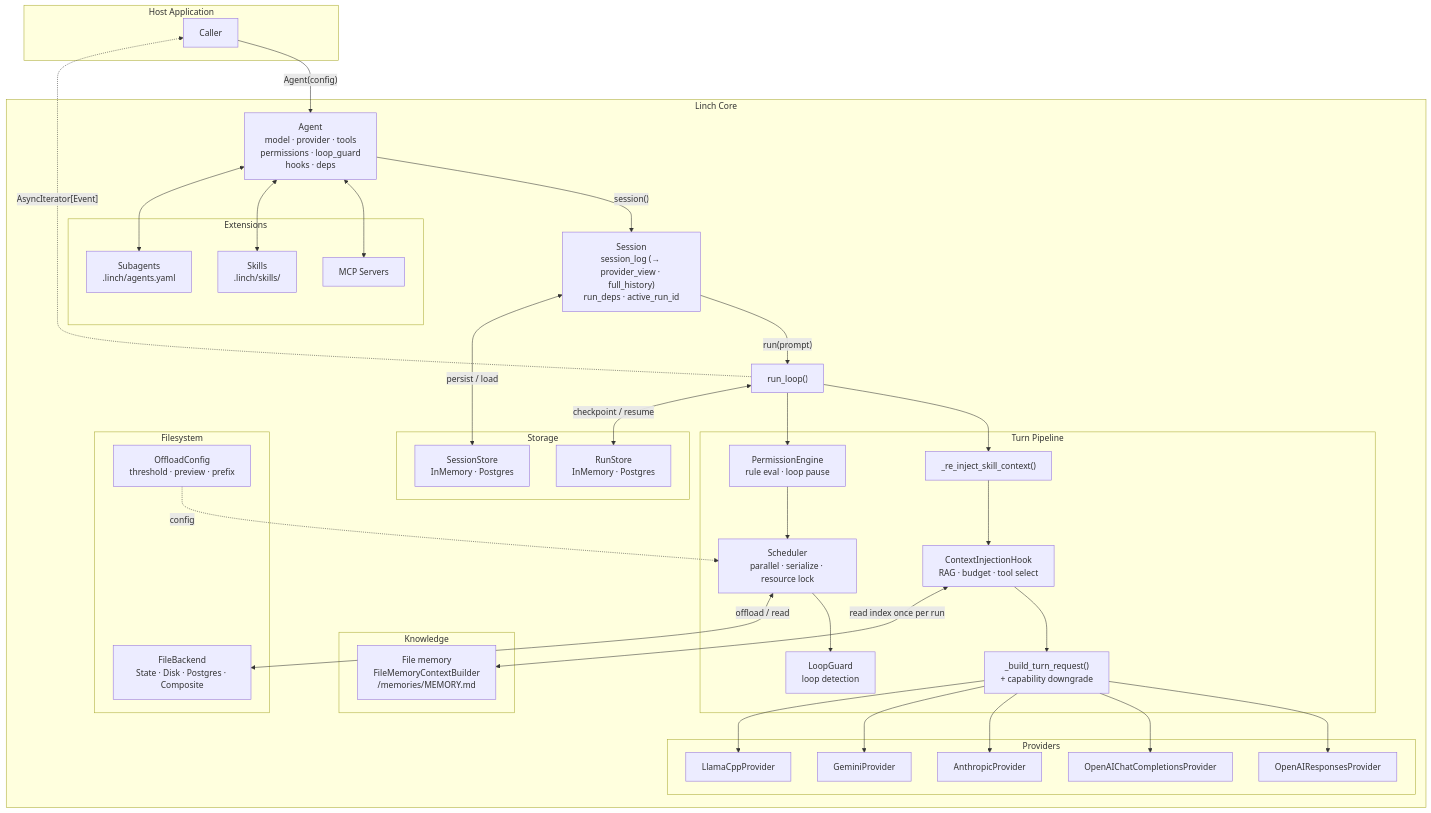
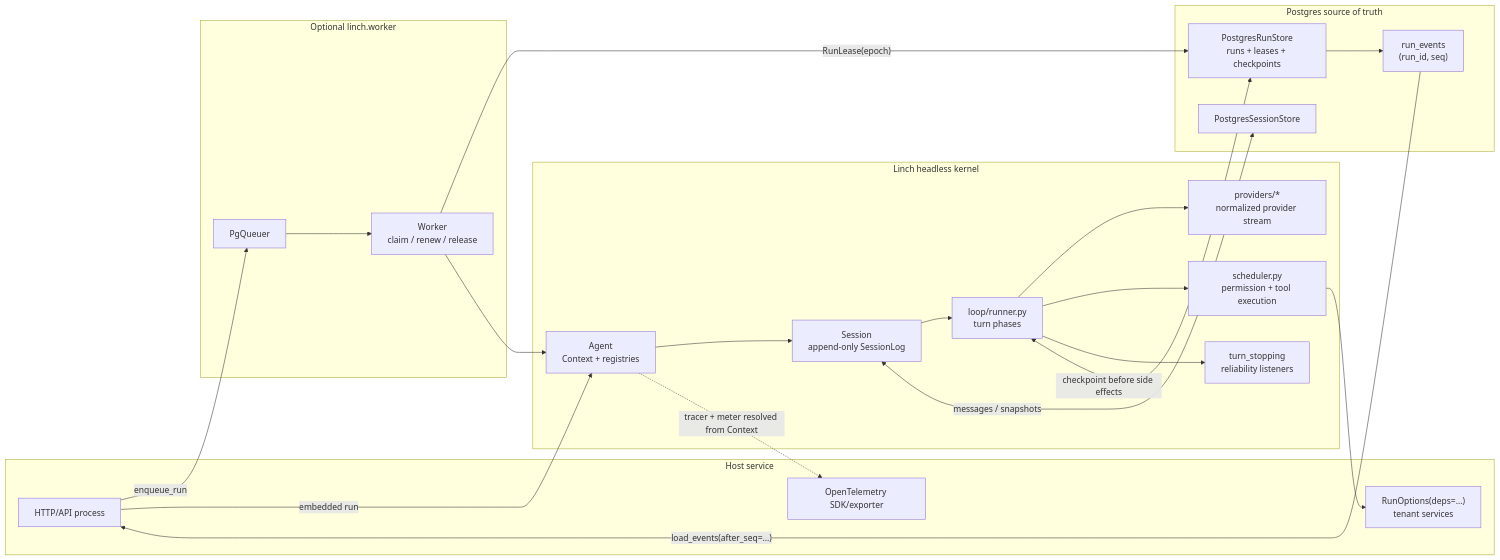
The diagram in docs/architecture/overview.md (DuyTa506/linch), drawn with Mermaid before and after one commit. The commit also changed other lines of this file and 3 other files, not shown here.

Commit message:
docs: map the durable 3.0 runtime architecture

````diff
--- a/docs/architecture/overview.md
+++ b/docs/architecture/overview.md
@@ -7,67 +23,44 @@
 ```mermaid
-graph TD
-    subgraph Host["Host Application"]
-        Caller["Caller"]
+flowchart LR
+    subgraph Host["Host service"]
+        API["HTTP/API process"]
+        OTel["OpenTelemetry SDK/exporter"]
+        Deps["RunOptions(deps=...)\ntenant services"]
     end
 
-    subgraph Core["Linch Core"]
-        Agent["Agent\nmodel · provider · tools\npermissions · loop_guard\nhooks · deps"]
-        Session["Session\nsession_log (→ provider_view · full_history)\nrun_deps · active_run_id"]
-        RunLoop["run_loop()"]
-
-        subgraph Pipeline["Turn Pipeline"]
-            SK["_re_inject_skill_context()"]
-            CB["ContextInjectionHook\nRAG · budget · tool select"]
-            BTR["_build_turn_request()\n+ capability downgrade"]
-            PERM["PermissionEngine\nrule eval · loop pause"]
-            SCHED["Scheduler\nparallel · serialize · resource lock"]
-            LG["LoopGuard\nloop detection"]
-        end
-
-        subgraph Providers["Providers"]
-            OAR["OpenAIResponsesProvider"]
-            OAC["OpenAIChatCompletionsProvider"]
-            ANT["AnthropicProvider"]
-            GEM["GeminiProvider"]
-            LLM["LlamaCppProvider"]
-        end
-
-        subgraph Storage["Storage"]
-            SS["SessionStore\nInMemory · Postgres"]
-            RS["RunStore\nInMemory · Postgres"]
-        end
-
-        subgraph Knowledge["Knowledge"]
-            MEM["File memory\nFileMemoryContextBuilder\n/memories/MEMORY.md"]
-        end
-
-        subgraph Filesystem["Filesystem"]
-            FS["FileBackend\nState · Disk · Postgres · Composite"]
-            OFF["OffloadConfig\nthreshold · preview · prefix"]
-        end
-
-        subgraph Extensions["Extensions"]
-            MCP["MCP Servers"]
-            SKILLS["Skills\n.linch/skills/"]
-            SUBA["Subagents\n.linch/agents.yaml"]
-        end
+    subgraph Dispatch["Optional linch.worker"]
+        Queue["PgQueuer"]
+        Worker["Worker\nclaim / renew / release"]
     end
 
-    Caller -->|"Agent(config)"| Agent
-    Agent -->|"session()"| Session
-    Session -->|"run(prompt)"| RunLoop
-    RunLoop --> SK
-    SK --> CB
-    CB --> BTR
-    BTR --> OAR & OAC & ANT & GEM & LLM
-    RunLoop --> PERM
-    PERM --> SCHED
-    SCHED --> LG
-    RunLoop -.->|"AsyncIterator[Event]"| Caller
-    Session <-->|"persist / load"| SS
-    RunLoop <-->|"checkpoint / resume"| RS
-    CB <-->|"read index once per run"| MEM
-    Agent <--> MCP & SKILLS & SUBA
-    SCHED <-->|"offload / read"| FS
-    OFF -.->|"config"| SCHED
+    subgraph Kernel["Linch headless kernel"]
+        Agent["Agent\nContext + registries"]
+        Session["Session\nappend-only SessionLog"]
+        Loop["loop/runner.py\nturn phases"]
+        Guard["turn_stopping\nreliability listeners"]
+        Scheduler["scheduler.py\npermission + tool execution"]
+        Provider["providers/*\nnormalized provider stream"]
+    end
+
+    subgraph Durable["Postgres source of truth"]
+        Sessions["PostgresSessionStore"]
+        Runs["PostgresRunStore\nruns + leases + checkpoints"]
+        Events["run_events\n(run_id, seq)"]
+    end
+
+    API -->|"enqueue_run"| Queue
+    Queue --> Worker
+    Worker -->|"RunLease(epoch)"| Runs
+    Worker --> Agent
+    API -->|"embedded run"| Agent
+    Agent --> Session --> Loop
+    Loop --> Provider
+    Loop --> Scheduler
+    Loop --> Guard
+    Scheduler --> Deps
+    Session <-->|"messages / snapshots"| Sessions
+    Loop <-->|"checkpoint before side effects"| Runs
+    Runs --> Events
+    Events -->|"load_events(after_seq=...)"| API
+    Agent -.->|"tracer + meter resolved from Context"| OTel
 ```
````
